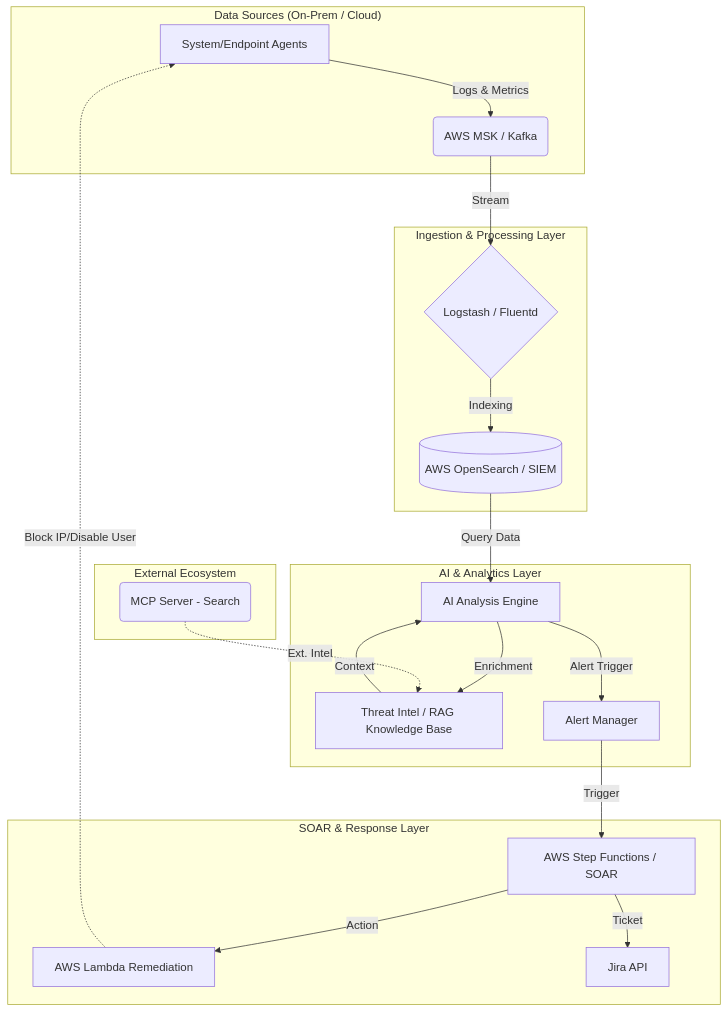
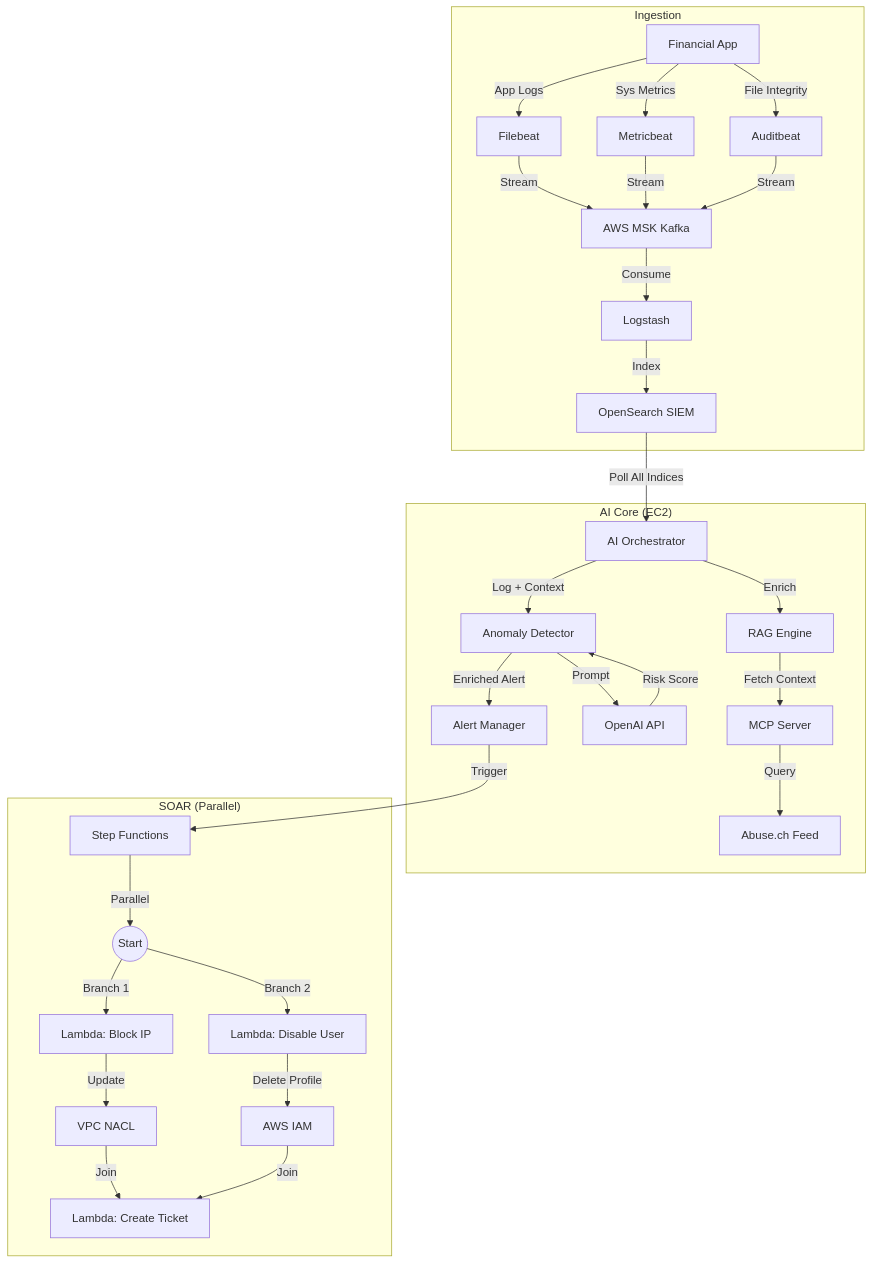
The diagram in README.md (HoangBaoPhuoc/Cybersecurity-Threat-Detection-System-on-AWS), drawn with Mermaid before and after one commit. The commit also changed other lines of this file and 16 other files, not shown here.

Commit message:
Advance AI engine to detect and alert

````diff
--- a/README.md
+++ b/README.md
@@ -14,29 +7,36 @@
- ```mermaid
- graph TD
-     subgraph "Data Sources (On-Prem / Cloud)"
-         A[System/Endpoint Agents] -->|Logs & Metrics| B(AWS MSK / Kafka)
-     end
- 
-     subgraph "Ingestion & Processing Layer"
-         B -->|Stream| C{Logstash / Fluentd}
-         C -->|Indexing| D[(AWS OpenSearch / SIEM)]
-     end
- 
-     subgraph "AI & Analytics Layer"
-         D -->|Query Data| E[AI Analysis Engine]
-         E -->|Enrichment| F[Threat Intel / RAG Knowledge Base]
-         F -->|Context| E
-         E -->|Alert Trigger| G[Alert Manager]
-     end
- 
-     subgraph "SOAR & Response Layer"
-         G -->|Trigger| H[AWS Step Functions / SOAR]
-         H -->|Action| I[AWS Lambda Remediation]
-         H -->|Ticket| J[Jira API]
-     end
- 
-     subgraph "External Ecosystem"
-         K(MCP Server - Search) -.->|Ext. Intel| F
-         I -.->|Block IP/Disable User| A
-     end
- ```
+```mermaid
+graph TD
+    subgraph Ingestion
+        App[Financial App] -->|App Logs| FB[Filebeat]
+        App -->|Sys Metrics| MB[Metricbeat]
+        App -->|File Integrity| AB[Auditbeat]
+        FB & MB & AB -->|Stream| MSK[AWS MSK Kafka]
+        MSK -->|Consume| LS[Logstash]
+        LS -->|Index| OS[OpenSearch SIEM]
+    end
+
+    subgraph "AI Core (EC2)"
+        OS -->|Poll All Indices| DR[AI Orchestrator]
+        DR -->|Enrich| RAG[RAG Engine]
+        RAG -->|Fetch Context| MCP[MCP Server]
+        MCP -->|Query| TI[Abuse.ch Feed]
+        DR -->|Log + Context| LLM[Anomaly Detector]
+        LLM -->|Prompt| OAI[OpenAI API]
+        OAI -->|Risk Score| LLM
+        LLM -->|Enriched Alert| AM[Alert Manager]
+    end
+
+    subgraph "SOAR (Parallel)"
+        AM -->|Trigger| SF[Step Functions]
+        SF -->|Parallel| P_START((Start))
+        
+        P_START -->|Branch 1| BIP[Lambda: Block IP]
+        BIP -->|Update| NACL[VPC NACL]
+        
+        P_START -->|Branch 2| IAM[Lambda: Disable User]
+        IAM -->|Delete Profile| AWS_IAM[AWS IAM]
+        
+        NACL -->|Join| JIRA[Lambda: Create Ticket]
+        AWS_IAM -->|Join| JIRA
+    end
+```
````
